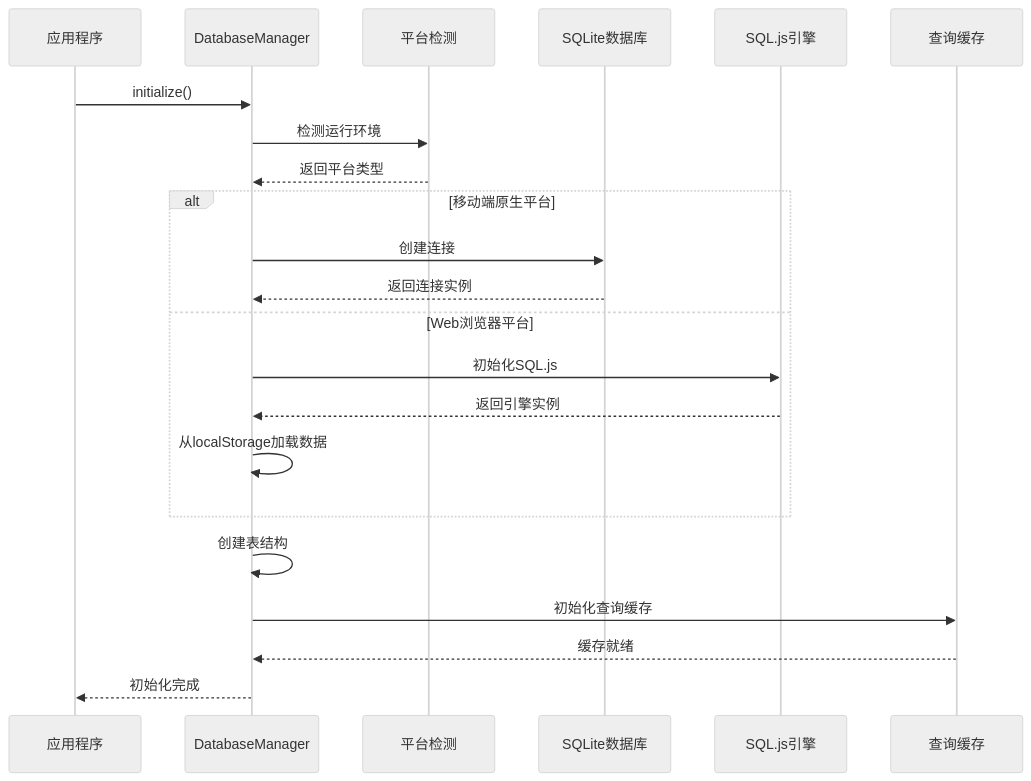
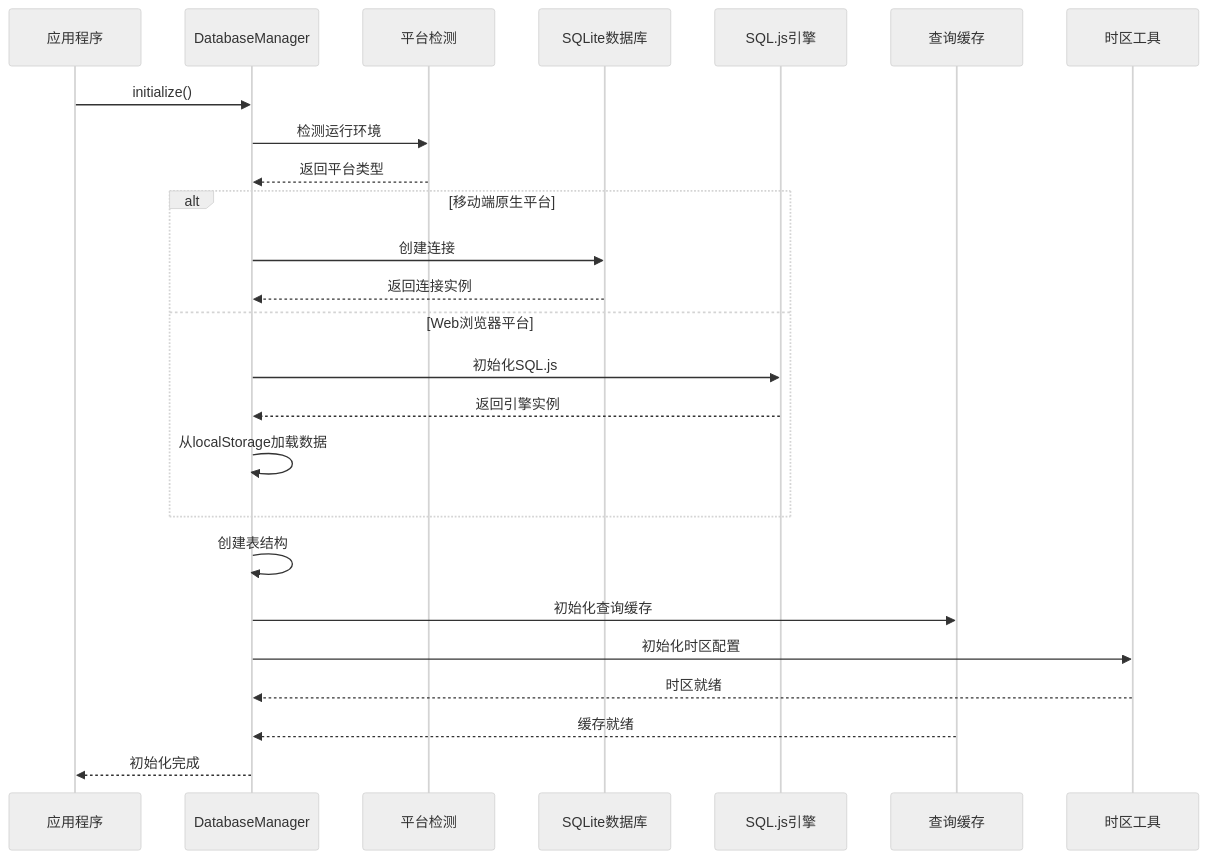
Before and after one commit to xiao-lin-unit/yuan: the fourth of 21 diagrams in .qoder/repowiki/zh/content/架构设计/数据层架构设计/数据层架构设计.md, drawn with Mermaid (neutral theme). The commit also changed other lines of this file and 22 other files, not shown here.

````diff
--- a/.qoder/repowiki/zh/content/架构设计/数据层架构设计/数据层架构设计.md
+++ b/.qoder/repowiki/zh/content/架构设计/数据层架构设计/数据层架构设计.md
@@ -290,24 +302,27 @@
 ```mermaid
 sequenceDiagram
 participant App as 应用程序
 participant DBM as DatabaseManager
 participant Platform as 平台检测
 participant SQLite as SQLite数据库
 participant SQLJS as SQL.js引擎
 participant Cache as 查询缓存
+participant Timezone as 时区工具
 App->>DBM : initialize()
 DBM->>Platform : 检测运行环境
 Platform-->>DBM : 返回平台类型
 alt 移动端原生平台
 DBM->>SQLite : 创建连接
 SQLite-->>DBM : 返回连接实例
 else Web浏览器平台
 DBM->>SQLJS : 初始化SQL.js
 SQLJS-->>DBM : 返回引擎实例
 DBM->>DBM : 从localStorage加载数据
 end
 DBM->>DBM : 创建表结构
 DBM->>Cache : 初始化查询缓存
+DBM->>Timezone : 初始化时区配置
+Timezone-->>DBM : 时区就绪
 Cache-->>DBM : 缓存就绪
 DBM-->>App : 初始化完成
 ```
````
